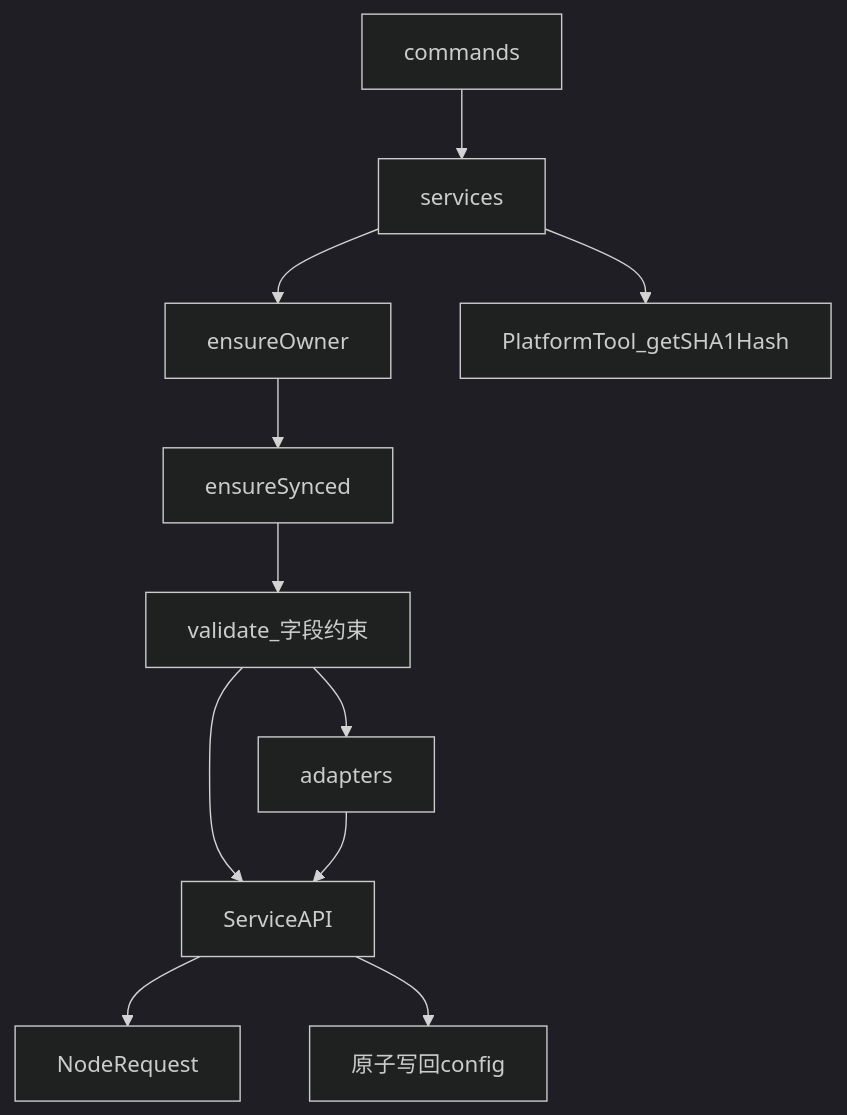
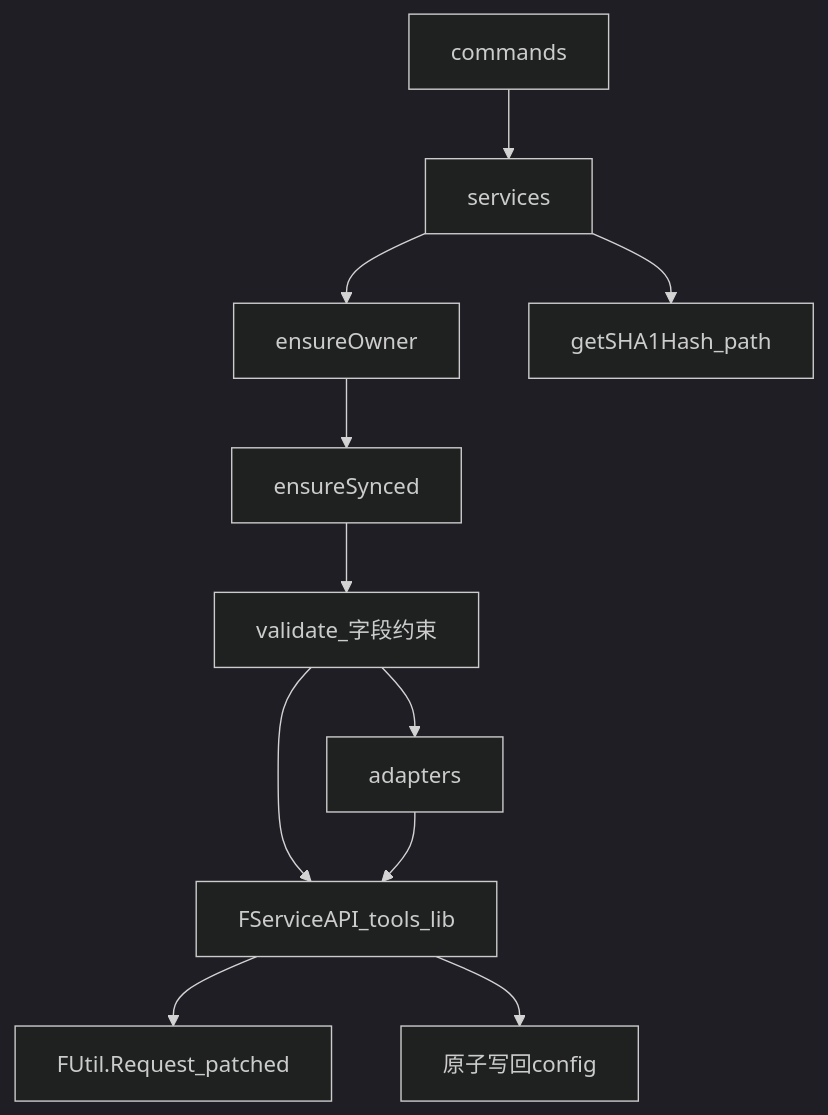
One commit to freelogfe/freelog-runtime-cli changed the diagram in docs/新方案/开发设计/00-总览与模块.md. Above: the diagram before and after it, drawn with Mermaid (dark theme). The commit also changed other lines of this file and 537 other files, not shown here.

````diff
--- a/docs/新方案/开发设计/00-总览与模块.md
+++ b/docs/新方案/开发设计/00-总览与模块.md
@@ -17,13 +17,13 @@
 ```mermaid
 flowchart TD
   Cmd[commands] --> Svc[services]
   Svc --> Owner[ensureOwner]
   Owner --> Sync[ensureSynced]
   Sync --> Val[validate_字段约束]
   Val --> Adapters[adapters]
-  Val --> SAPI[ServiceAPI]
+  Val --> SAPI[FServiceAPI_tools_lib]
   Adapters --> SAPI
-  SAPI --> NReq[NodeRequest]
-  Svc --> Tool[PlatformTool_getSHA1Hash]
+  SAPI --> NReq[FUtil.Request_patched]
+  Svc --> Tool[getSHA1Hash_path]
   SAPI --> Write[原子写回config]
 ```
````
